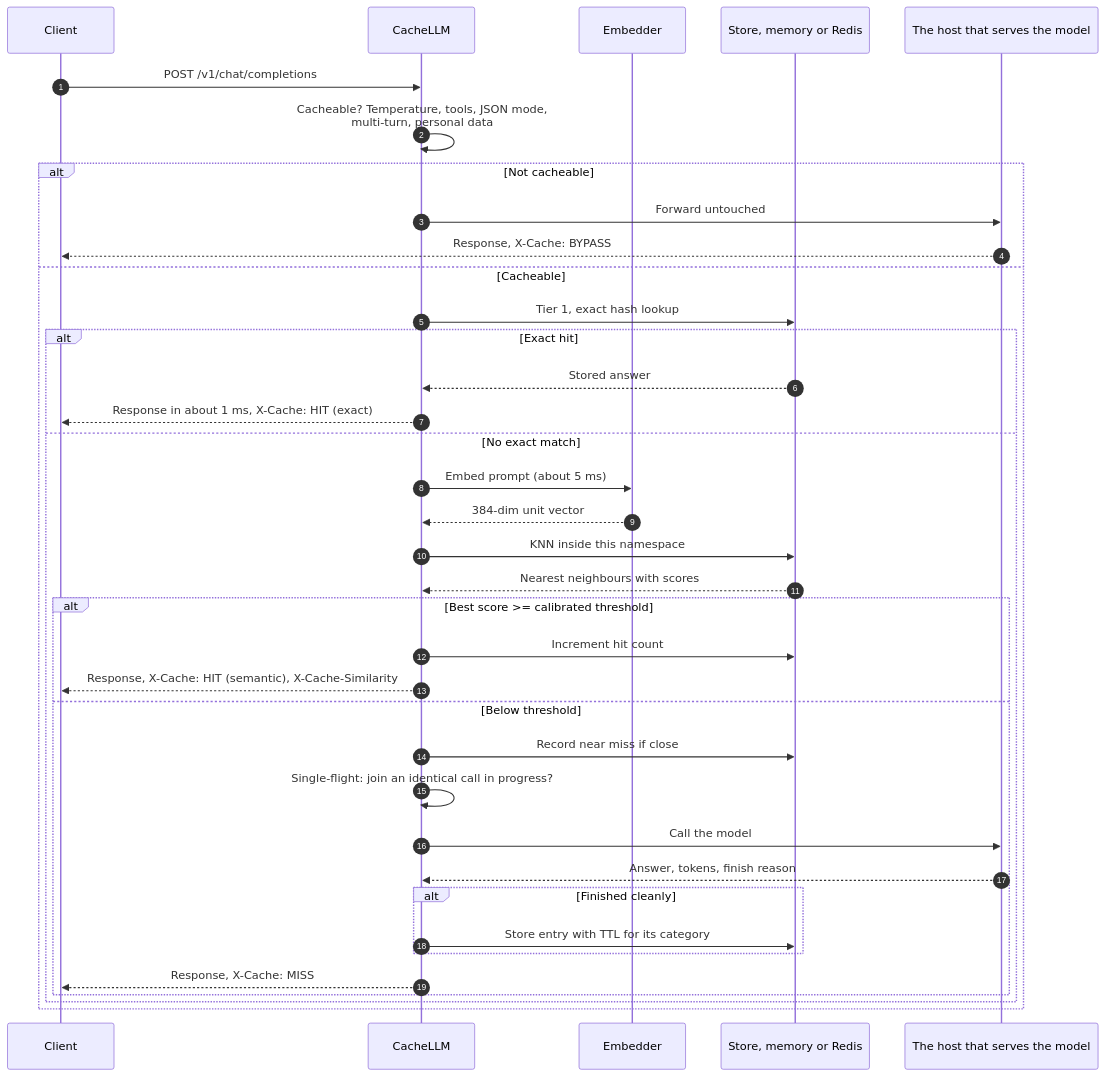
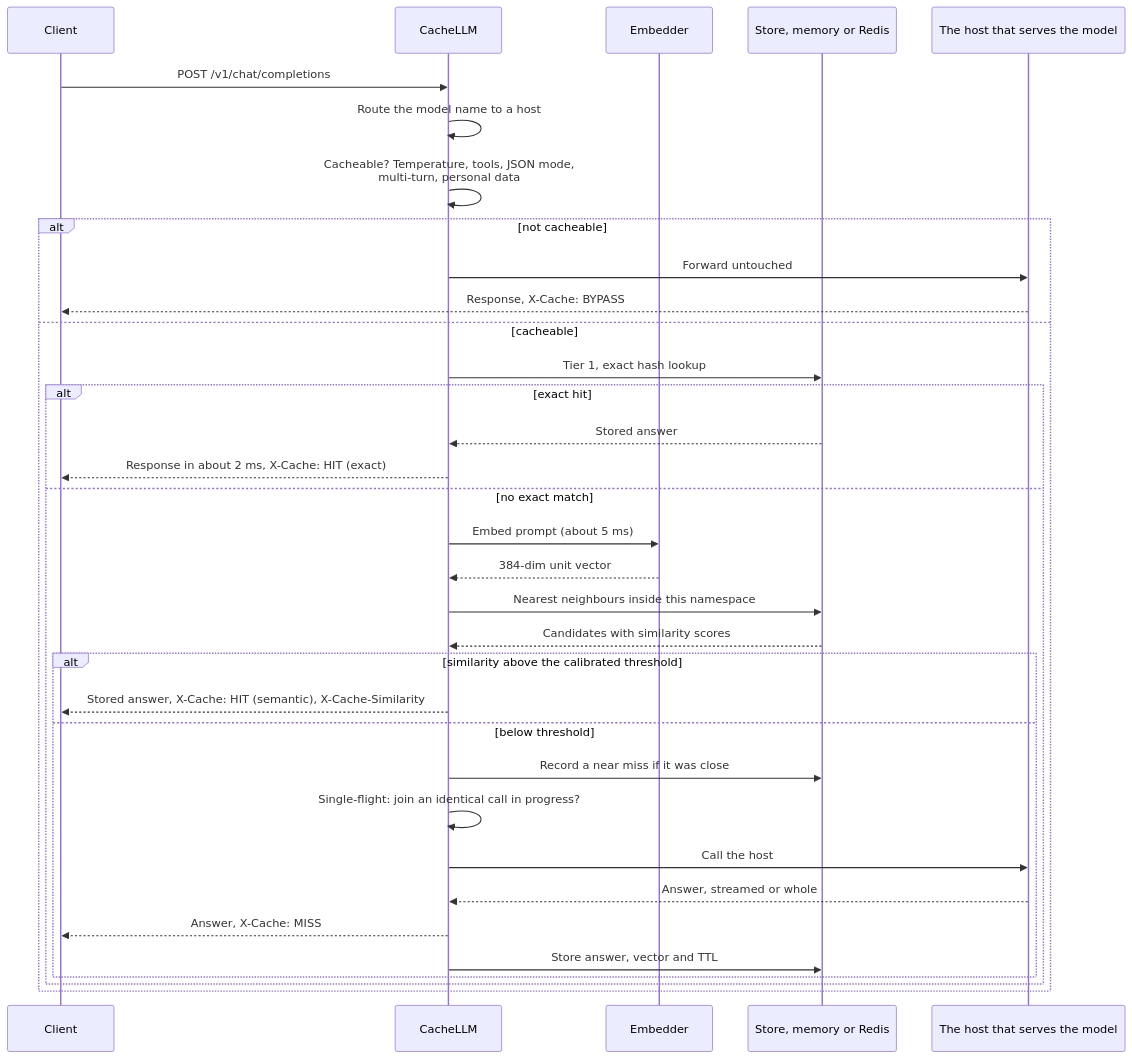
One commit to adarshcod30/CacheLLM changed the second of 2 diagrams in README.md. Above: the diagram before and after it, drawn with Mermaid. The commit also changed other lines of this file and 10 other files, not shown here.

````diff
--- a/README.md
+++ b/README.md
@@ -153,40 +242,37 @@
 ```mermaid
 sequenceDiagram
-    autonumber
     participant C as Client
     participant P as CacheLLM
     participant E as Embedder
     participant R as Store, memory or Redis
     participant M as The host that serves the model
 
     C->>P: POST /v1/chat/completions
+    P->>P: Route the model name to a host
     P->>P: Cacheable? Temperature, tools, JSON mode,<br/>multi-turn, personal data
-    alt Not cacheable
+    alt not cacheable
         P->>M: Forward untouched
         M-->>C: Response, X-Cache: BYPASS
-    else Cacheable
+    else cacheable
         P->>R: Tier 1, exact hash lookup
-        alt Exact hit
+        alt exact hit
             R-->>P: Stored answer
-            P-->>C: Response in about 1 ms, X-Cache: HIT (exact)
-        else No exact match
+            P-->>C: Response in about 2 ms, X-Cache: HIT (exact)
+        else no exact match
             P->>E: Embed prompt (about 5 ms)
             E-->>P: 384-dim unit vector
-            P->>R: KNN inside this namespace
-            R-->>P: Nearest neighbours with scores
-            alt Best score >= calibrated threshold
-                P->>R: Increment hit count
-                P-->>C: Response, X-Cache: HIT (semantic), X-Cache-Similarity
-            else Below threshold
-                P->>R: Record near miss if close
+            P->>R: Nearest neighbours inside this namespace
+            R-->>P: Candidates with similarity scores
+            alt similarity above the calibrated threshold
+                P-->>C: Stored answer, X-Cache: HIT (semantic), X-Cache-Similarity
+            else below threshold
+                P->>R: Record a near miss if it was close
                 P->>P: Single-flight: join an identical call in progress?
-                P->>M: Call the model
-                M-->>P: Answer, tokens, finish reason
-                alt Finished cleanly
-                    P->>R: Store entry with TTL for its category
-                end
-                P-->>C: Response, X-Cache: MISS
+                P->>M: Call the host
+                M-->>P: Answer, streamed or whole
+                P-->>C: Answer, X-Cache: MISS
+                P->>R: Store answer, vector and TTL
             end
         end
     end
 ```
````
